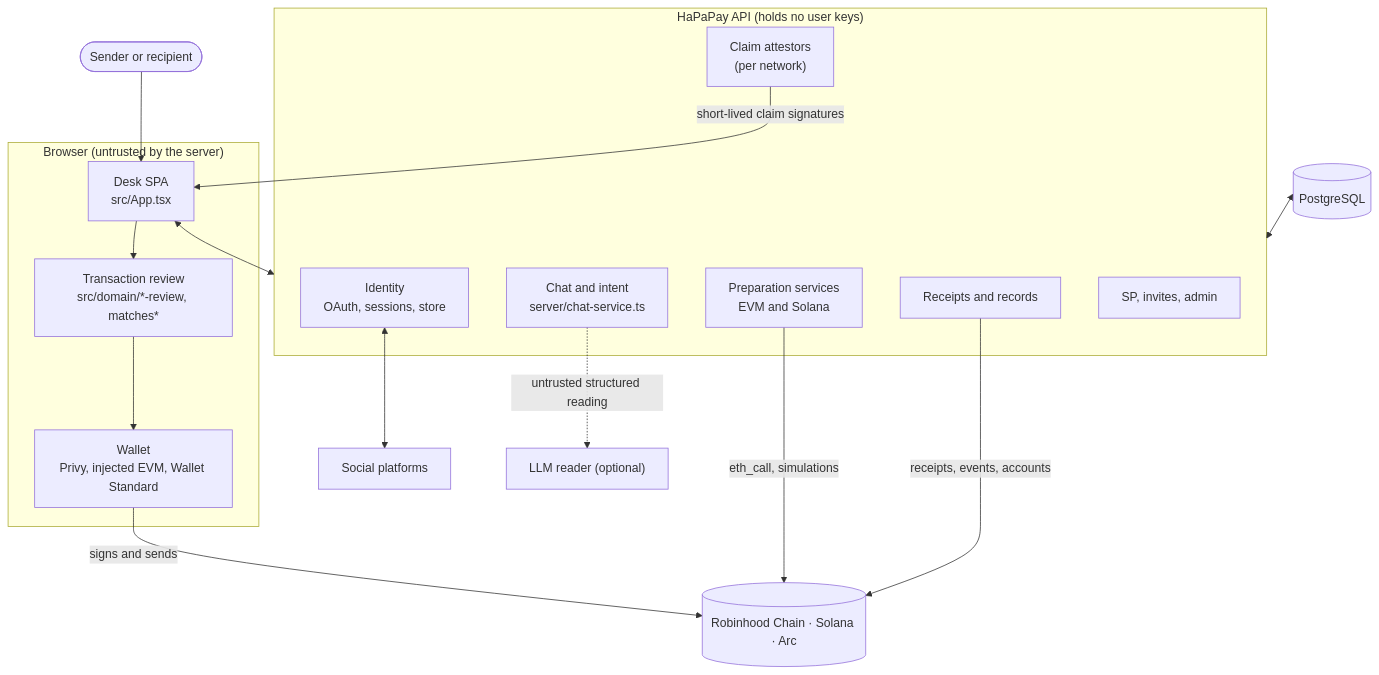
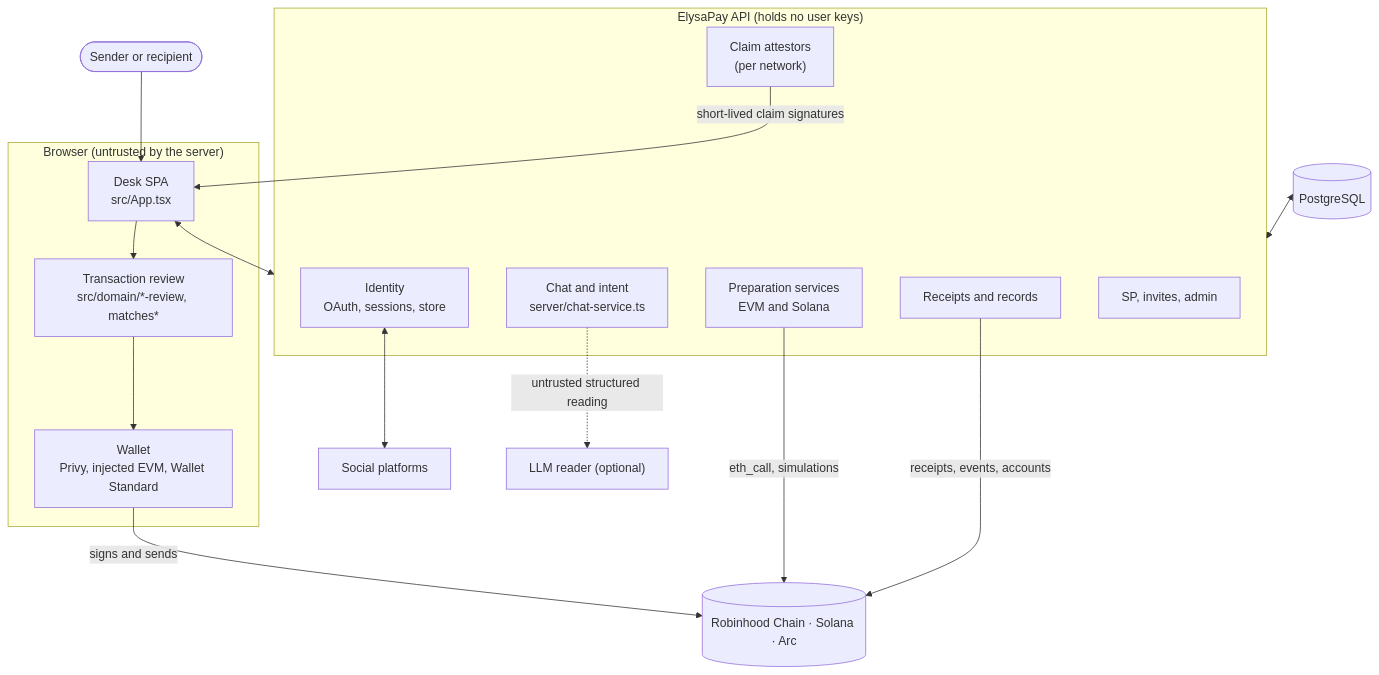
One commit to furkan3152/HaPaPay changed the first of 5 diagrams in docs/architecture.md. Above: the diagram before and after it, drawn with Mermaid. The commit also changed other lines of this file and 123 other files, not shown here.

First line of the commit message:
ElysaPay: rebuild around Elysium with HYPE payments, admin console and new design

````diff
--- a/docs/architecture.md
+++ b/docs/architecture.md
@@ -17,32 +17,32 @@
 ```mermaid
 flowchart TB
     User(["Sender or recipient"])
     subgraph Browser["Browser (untrusted by the server)"]
         Desk["Desk SPA<br/>src/App.tsx"]
         Check["Transaction review<br/>src/domain/*-review, matches*"]
         Wallet["Wallet<br/>Privy, injected EVM, Wallet Standard"]
     end
-    subgraph API["HaPaPay API (holds no user keys)"]
+    subgraph API["ElysaPay API (holds no user keys)"]
         Chat["Chat and intent<br/>server/chat-service.ts"]
         Ident["Identity<br/>OAuth, sessions, store"]
         Prep["Preparation services<br/>EVM and Solana"]
         Rec["Receipts and records"]
         Attest["Claim attestors<br/>(per network)"]
         SPA["SP, invites, admin"]
     end
     DB[("PostgreSQL")]
     Prov["Social platforms"]
     LLM["LLM reader (optional)"]
     Chains[("Robinhood Chain · Solana · Arc")]
 
     User --> Desk
     Desk --> Check --> Wallet
     Wallet -- "signs and sends" --> Chains
     Desk <--> API
     Chat -. "untrusted structured reading" .-> LLM
     Ident <--> Prov
     DB <--> API
     Prep -- "eth_call, simulations" --> Chains
     Rec -- "receipts, events, accounts" --> Chains
     Attest -- "short-lived claim signatures" --> Desk
 ```
````
